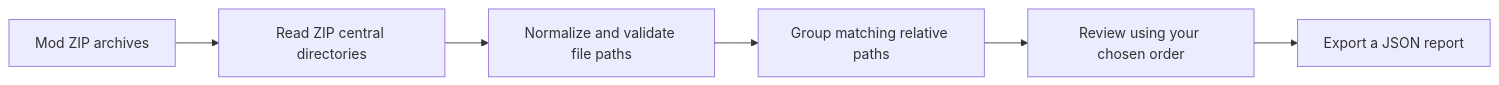
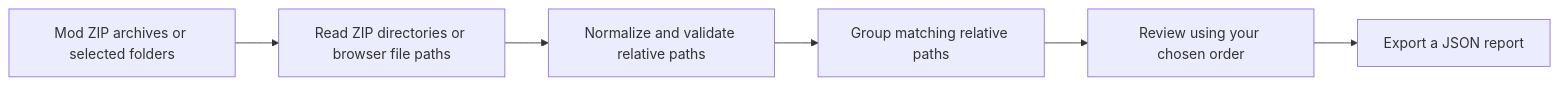
Before and after one commit to GhosTnever-lkm/paradox-mod-conflict-map: the diagram in README.md, drawn with Mermaid. The commit also changed other lines of this file and 6 other files, not shown here.

````diff
--- a/README.md
+++ b/README.md
@@ -16,8 +18,8 @@
 ```mermaid
 flowchart LR
-    A[Mod ZIP archives] --> B[Read ZIP central directories]
-    B --> C[Normalize and validate file paths]
+    A[Mod ZIP archives or selected folders] --> B[Read ZIP directories or browser file paths]
+    B --> C[Normalize and validate relative paths]
     C --> D[Group matching relative paths]
     D --> E[Review using your chosen order]
     E --> F[Export a JSON report]
 ```
````
